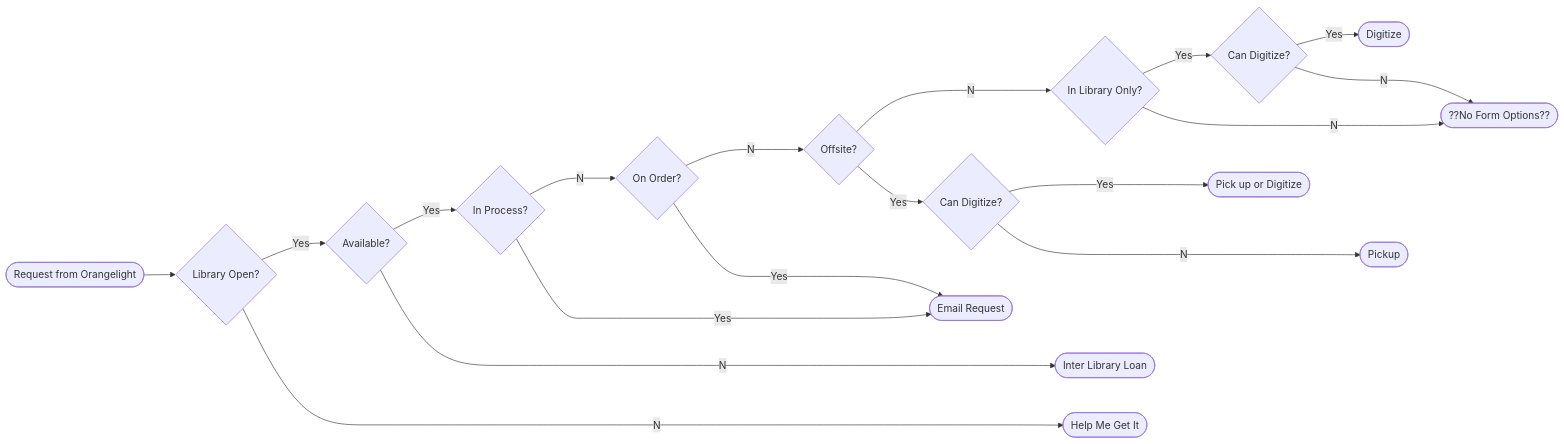
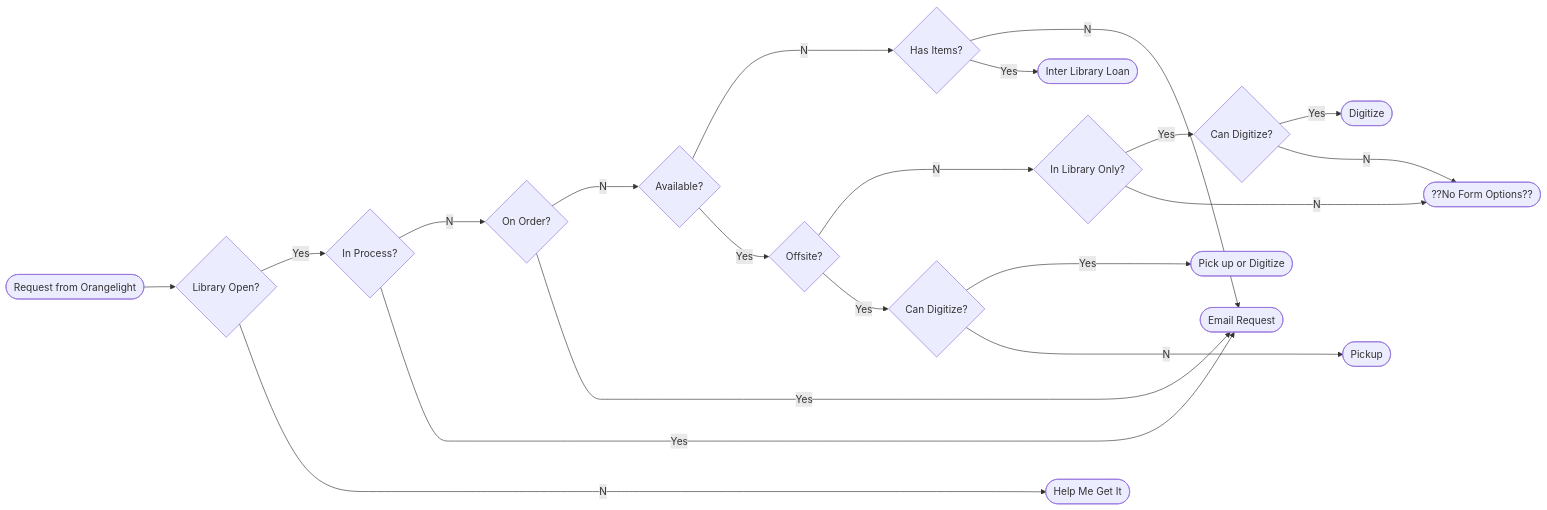
Before and after one commit to pulibrary/requests: the diagram in docs/reqest_form_diagram.md, drawn with Mermaid.

Commit message:
Adding no items Also changed names from ABC letters to logical names to make reordering easier

````diff
--- a/docs/reqest_form_diagram.md
+++ b/docs/reqest_form_diagram.md
@@ -1,20 +1,22 @@
 ```mermaid
 graph LR;
-A([Request from Orangelight])-->B{Library Open?}
-B--Yes-->C{Available?}
-B--No-------->D([Help Me Get It])
-C--Yes-->E{In Process?}
-C--No------->F([Inter Library Loan])
-E--No-->G{On Order?}
-E--Yes------>H([Email Request])
-G--No-->I{"Offsite?"}
-G--Yes-->H
-I--No-->J{In Library Only?}
-J--Yes-->K{Can Digitize?}
-K--Yes-->L([Digitize])
-K--No-->M([??No Form Options?? ])
-J--No-->M
-I--Yes-->N{Can Digitize?}
-N--Yes--->O([Pick up or Digitize])
-N--No--->P([Pickup])
+REQ([Request from Orangelight])-->OPEN{Library Open?}
+OPEN--Yes-->INPROCESS{In Process?}
+OPEN--No-------->HELP([Help Me Get It])
+INPROCESS--No-->ONORDER{On Order?}
+INPROCESS--Yes-->EMAIL([Email Request])
+ONORDER--No-->AVAIL{Available?}
+AVAIL--No-->ITEMS{Has Items?}
+AVAIL--Yes-->OFFSITE{"Offsite?"}
+ITEMS--No-->EMAIL
+ONORDER--Yes-->EMAIL
+ITEMS--Yes-->ILL([Inter Library Loan])
+OFFSITE--No-->INLIB{In Library Only?}
+INLIB--Yes-->DIG{Can Digitize?}
+DIG--Yes-->L([Digitize])
+DIG--No-->NOOPT([??No Form Options?? ])
+INLIB--No-->NOOPT
+OFFSITE--Yes-->OFFSITEDIG{Can Digitize?}
+OFFSITEDIG--Yes--->PICKDIG([Pick up or Digitize])
+OFFSITEDIG--No--->PICK([Pickup])
 ```
````
